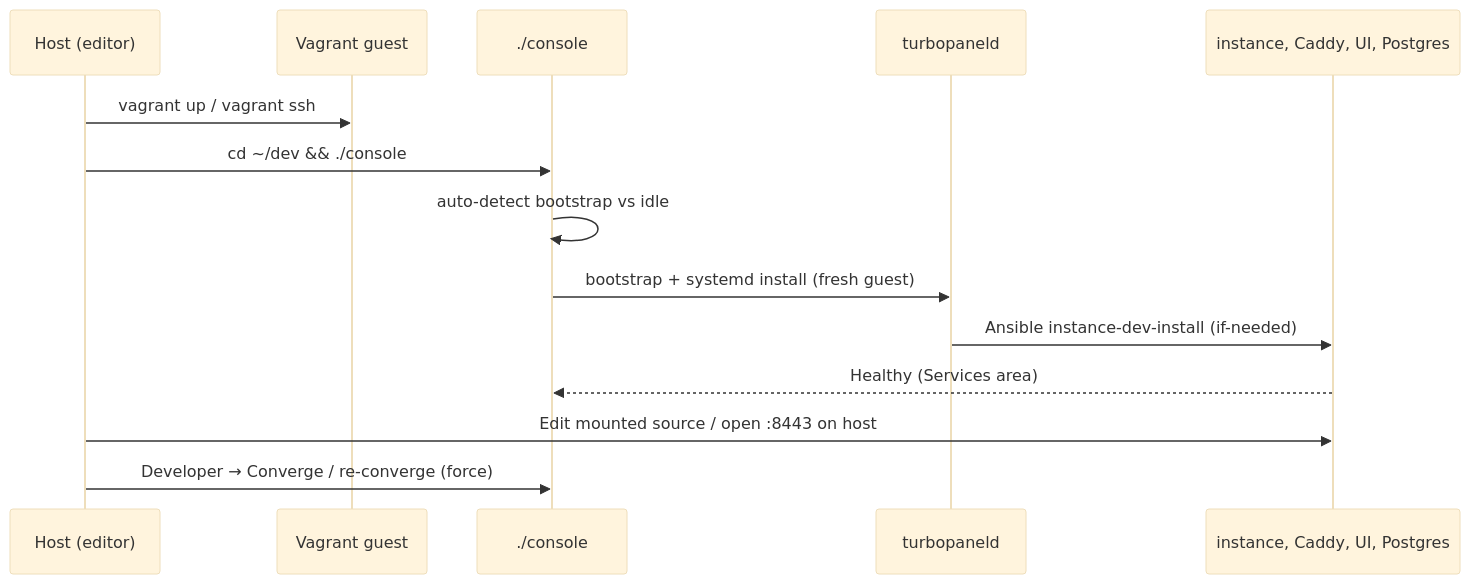
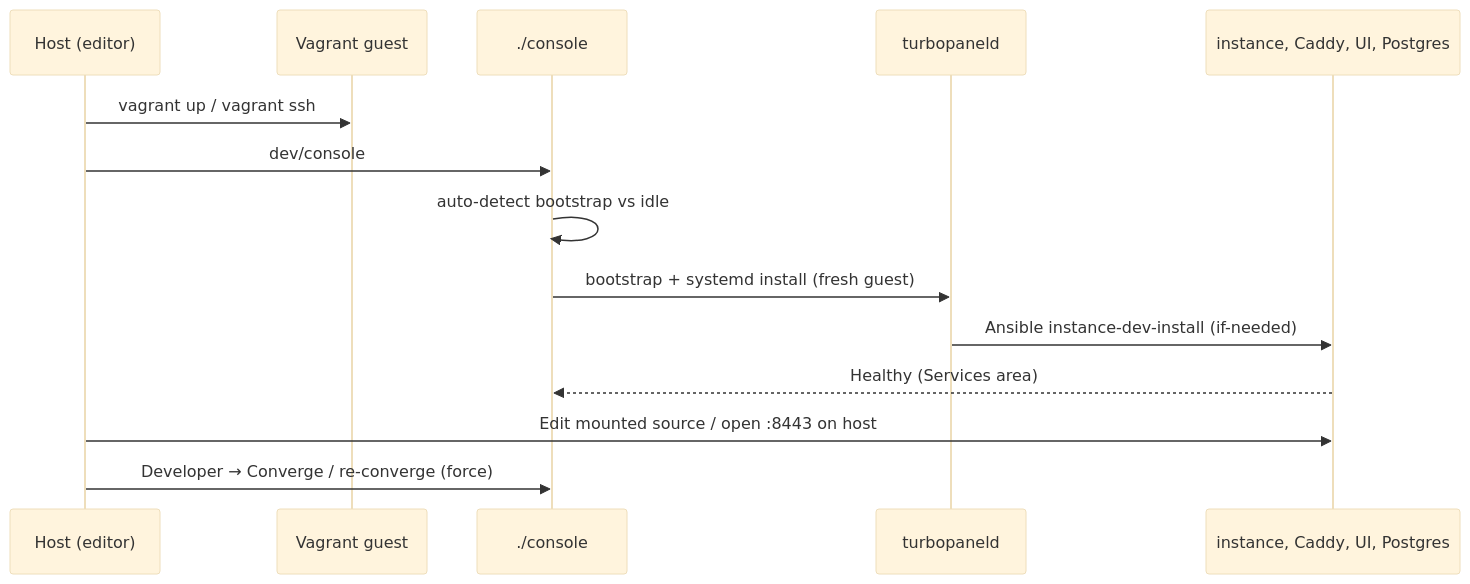
One commit to TurboPanel/website changed the diagram in docs/getting-started/development.mdx. Above: the diagram before and after it, drawn with Mermaid (base theme). The commit also changed other lines of this file and 5 other files, not shown here.

````diff
--- a/docs/getting-started/development.mdx
+++ b/docs/getting-started/development.mdx
@@ -144,17 +153,17 @@
 ```mermaid
 sequenceDiagram
     participant Host as Host (editor)
     participant Vagrant as Vagrant guest
     participant Console as ./console
     participant Daemon as turbopaneld
     participant Services as instance, Caddy, UI, Postgres
 
     Host->>Vagrant: vagrant up / vagrant ssh
-    Host->>Console: cd ~/dev && ./console
+    Host->>Console: dev/console
     Console->>Console: auto-detect bootstrap vs idle
     Console->>Daemon: bootstrap + systemd install (fresh guest)
     Daemon->>Services: Ansible instance-dev-install (if-needed)
     Services-->>Console: Healthy (Services area)
     Host->>Services: Edit mounted source / open :8443 on host
     Host->>Console: Developer → Converge / re-converge (force)
 ```
````
